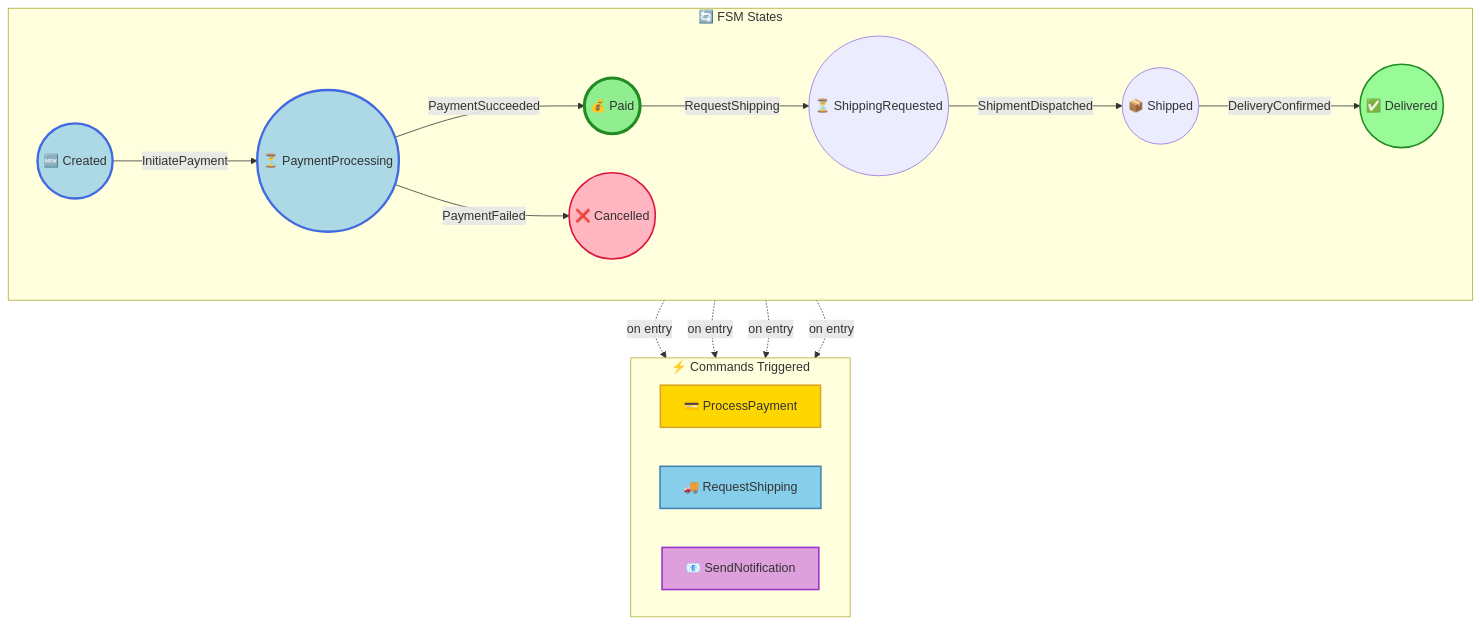
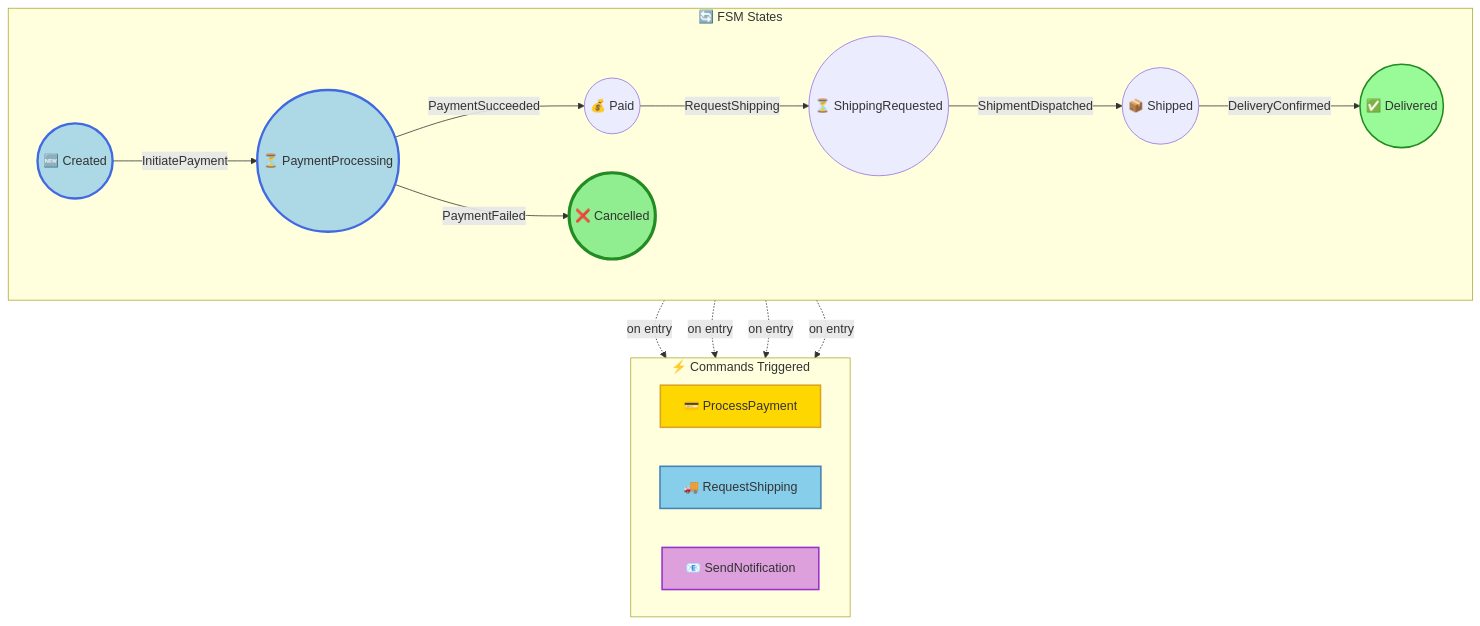
Before and after one commit to Iterable/mechanoid: the third of 3 diagrams in docs/visualizations/order-2-trace.md, drawn with Mermaid. The commit also changed other lines of this file and 23 other files, not shown here.

````diff
--- a/docs/visualizations/order-2-trace.md
+++ b/docs/visualizations/order-2-trace.md
@@ -58,42 +45,42 @@
 ```mermaid
 flowchart TB
     subgraph FSM["🔄 FSM States"]
         direction LR
         Shipped(("📦 Shipped"))
         PaymentProcessing(("⏳ PaymentProcessing"))
         ShippingRequested(("⏳ ShippingRequested"))
         Delivered(("✅ Delivered"))
         Cancelled(("❌ Cancelled"))
         Paid(("💰 Paid"))
         Created(("🆕 Created"))
         Created -->|InitiatePayment| PaymentProcessing
         PaymentProcessing -->|PaymentSucceeded| Paid
         PaymentProcessing -->|PaymentFailed| Cancelled
         Paid -->|RequestShipping| ShippingRequested
         ShippingRequested -->|ShipmentDispatched| Shipped
         Shipped -->|DeliveryConfirmed| Delivered
     end
 
     subgraph Commands["⚡ Commands Triggered"]
         direction LR
         ProcessPayment["💳 ProcessPayment"]
         RequestShipping["🚚 RequestShipping"]
         SendNotification["📧 SendNotification"]
     end
 
     PaymentProcessing -.->|on entry| ProcessPayment
     Paid -.->|on entry| RequestShipping
     Paid -.->|on entry| SendNotification
     Shipped -.->|on entry| SendNotification
 
     style Delivered fill:#98FB98,stroke:#228B22,stroke-width:2px
     style Cancelled fill:#FFB6C1,stroke:#DC143C,stroke-width:2px
     style ProcessPayment fill:#FFD700,stroke:#DAA520,stroke-width:2px
     style RequestShipping fill:#87CEEB,stroke:#4682B4,stroke-width:2px
     style SendNotification fill:#DDA0DD,stroke:#9932CC,stroke-width:2px
 
     style Created fill:#ADD8E6,stroke:#4169E1,stroke-width:3px
     style PaymentProcessing fill:#ADD8E6,stroke:#4169E1,stroke-width:3px
-    style Paid fill:#ADD8E6,stroke:#4169E1,stroke-width:3px
-    style Paid fill:#90EE90,stroke:#228B22,stroke-width:4px
+    style Cancelled fill:#ADD8E6,stroke:#4169E1,stroke-width:3px
+    style Cancelled fill:#90EE90,stroke:#228B22,stroke-width:4px
 ```
````
